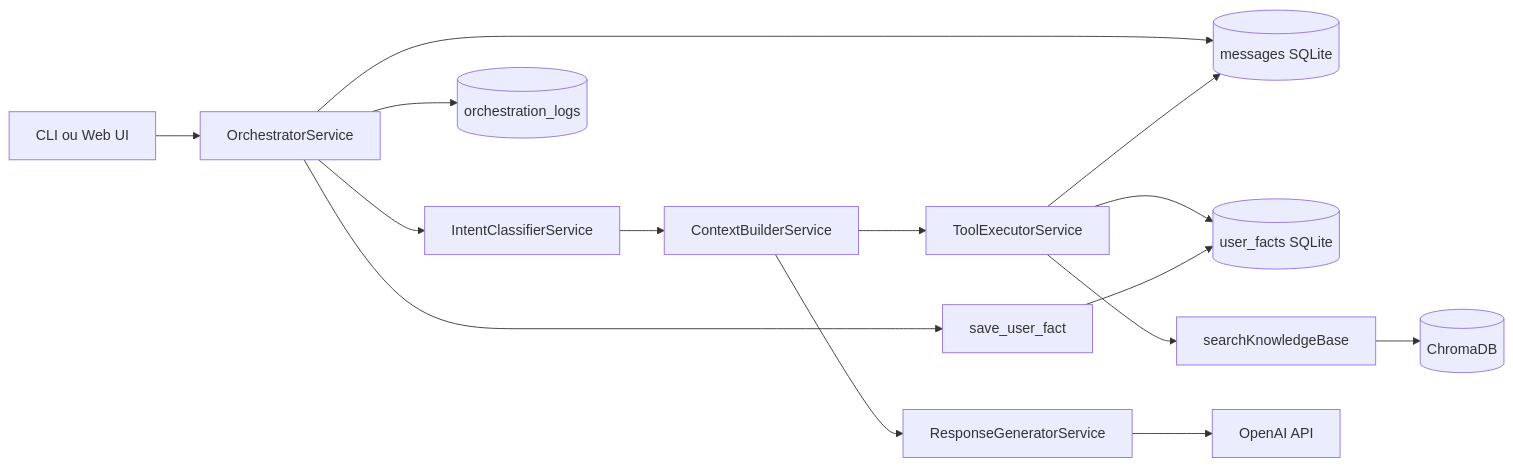
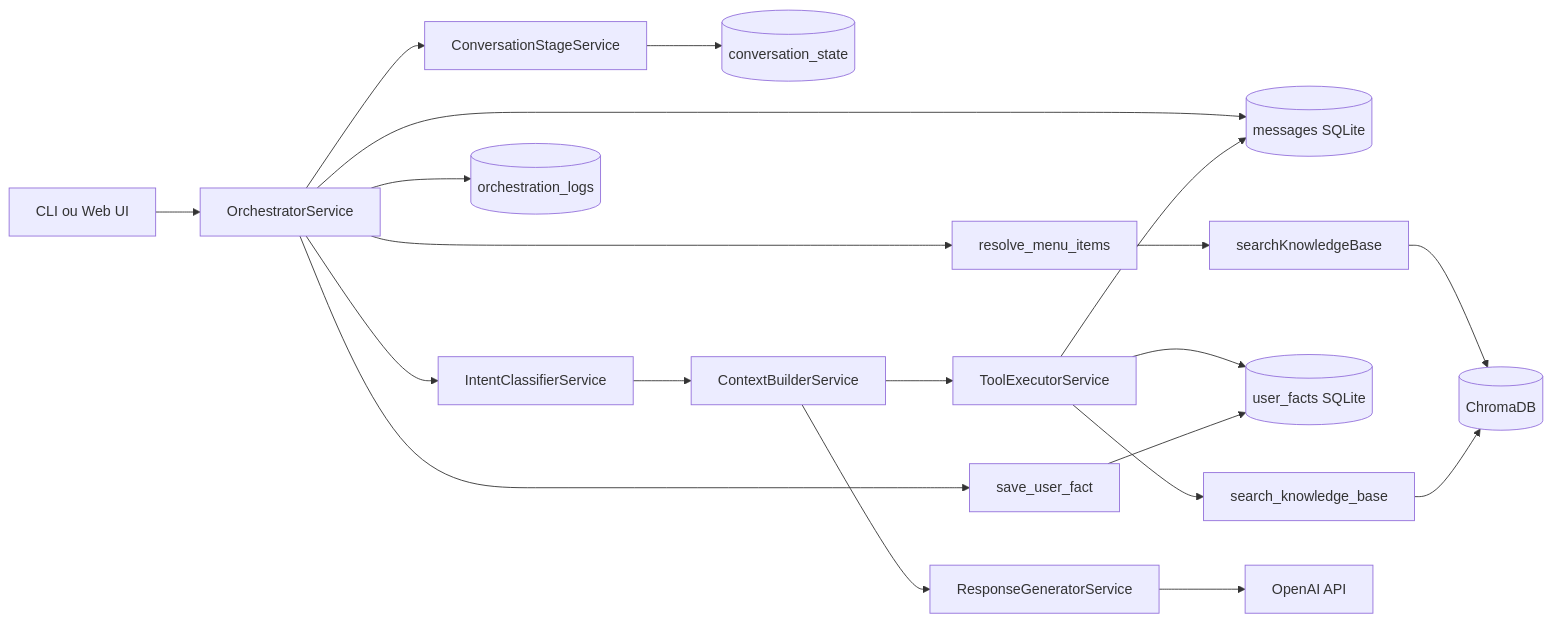
The diagram in README.md (lucas-oitaven/burger-queen-ai-assistant), drawn with Mermaid before and after one commit. The commit also changed other lines of this file, not shown here.

````diff
--- a/README.md
+++ b/README.md
@@ -131,17 +131,22 @@
 ```mermaid
 flowchart LR
   UI[CLI ou Web UI] --> ORCH[OrchestratorService]
   ORCH --> MSG[(messages SQLite)]
   ORCH --> INTENT[IntentClassifierService]
+  ORCH --> MENU[resolve_menu_items]
+  MENU --> RAG2[searchKnowledgeBase]
+  RAG2 --> CHROMA[(ChromaDB)]
+  ORCH --> STAGE[ConversationStageService]
+  STAGE --> STATE[(conversation_state)]
   INTENT --> CTX[ContextBuilderService]
   CTX --> TOOLS[ToolExecutorService]
   TOOLS --> MSG
   TOOLS --> MEM[(user_facts SQLite)]
-  TOOLS --> RAG[searchKnowledgeBase]
-  RAG --> CHROMA[(ChromaDB)]
+  TOOLS --> RAG[search_knowledge_base]
+  RAG --> CHROMA
   CTX --> LLM[ResponseGeneratorService]
   LLM --> OPENAI[OpenAI API]
   ORCH --> TOOLS2[save_user_fact]
   TOOLS2 --> MEM
   ORCH --> LOG[(orchestration_logs)]
 ```
````
